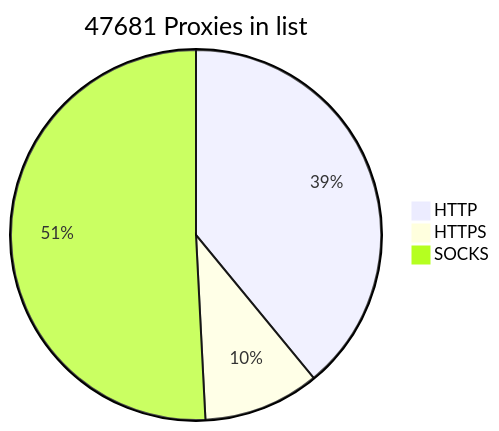
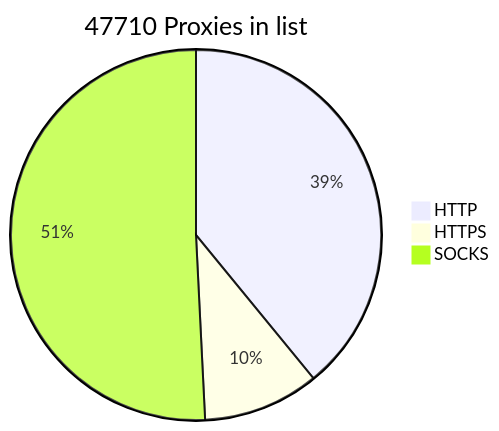
Before and after one commit to BlackSnowDot/proxylist-update-every-minute: the diagram in README.md, drawn with Mermaid.

````diff
--- a/README.md
+++ b/README.md
@@ -2,6 +2,6 @@
 ```mermaid
-pie title 47681 Proxies in list
-    "HTTP" : 20433
+pie title 47710 Proxies in list
+    "HTTP" : 20462
     "HTTPS": 5312
     "SOCKS" : 26597
 ```
````
